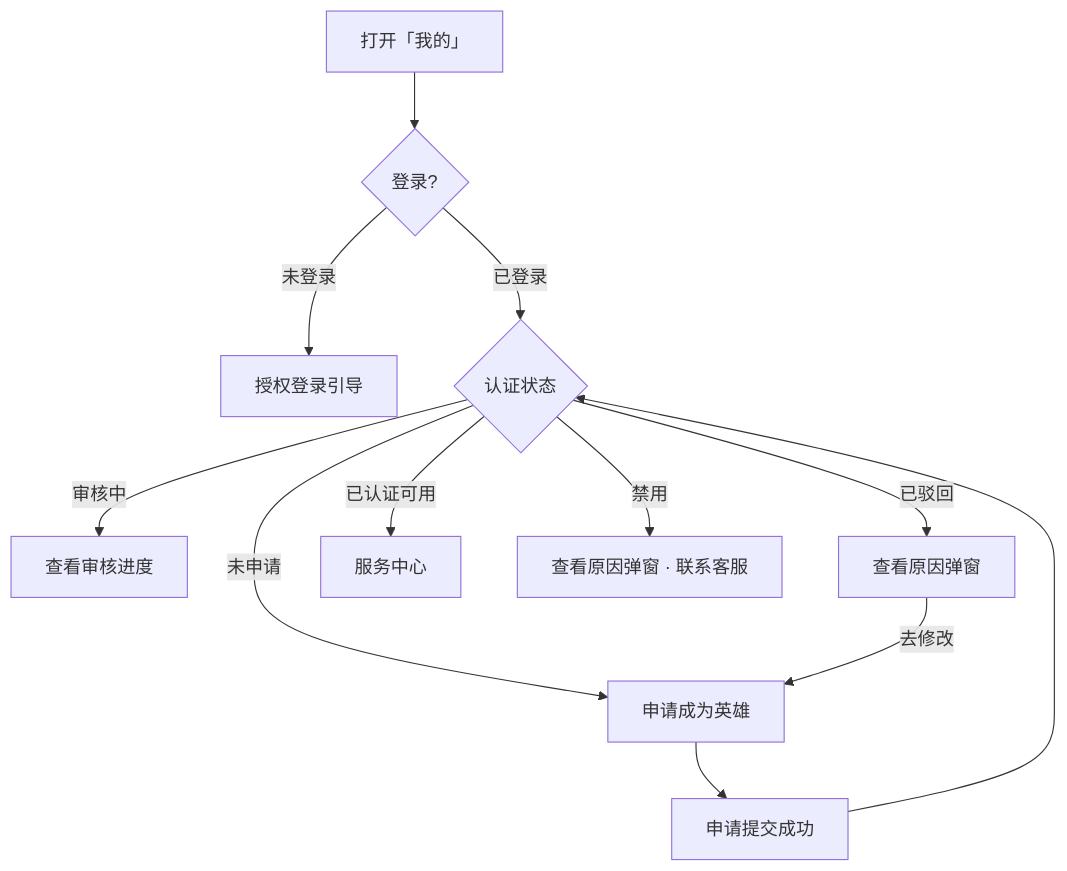
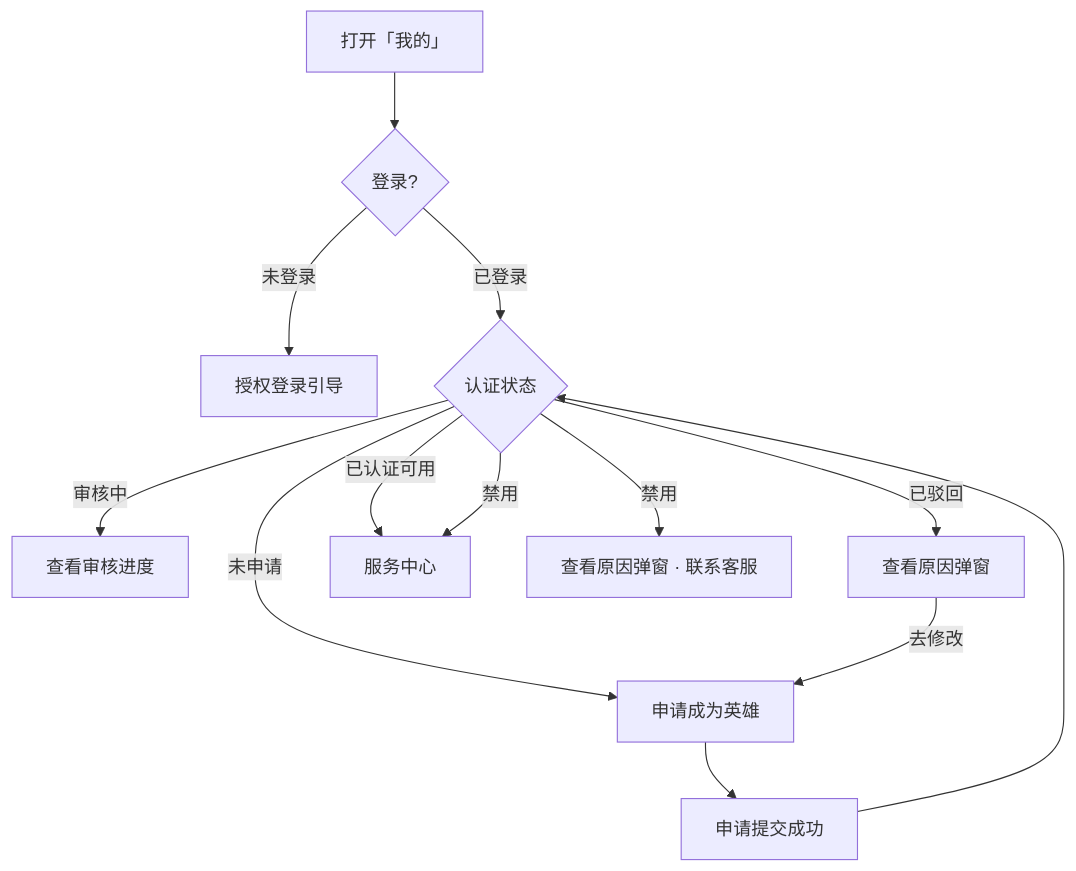
The diagram in docs/miniprogram/pages/个人中心.md (cgd1093702532-star/personal-site), drawn with Mermaid before and after one commit. The commit also changed other lines of this file and 204 other files, not shown here.

````diff
--- a/docs/miniprogram/pages/个人中心.md
+++ b/docs/miniprogram/pages/个人中心.md
@@ -195,16 +154,17 @@
 ```mermaid
 flowchart TD
   A[打开「我的」] --> B{登录?}
   B -->|未登录| C[授权登录引导]
   B -->|已登录| D{认证状态}
 
   D -->|未申请| E[申请成为英雄]
   D -->|审核中| F[查看审核进度]
   D -->|已驳回| G[查看原因弹窗]
   G -->|去修改| E
   D -->|已认证可用| H[服务中心]
+  D -->|禁用| H
   D -->|禁用| I[查看原因弹窗 · 联系客服]
 
   E --> J[申请提交成功]
   J --> D
 ```
````
